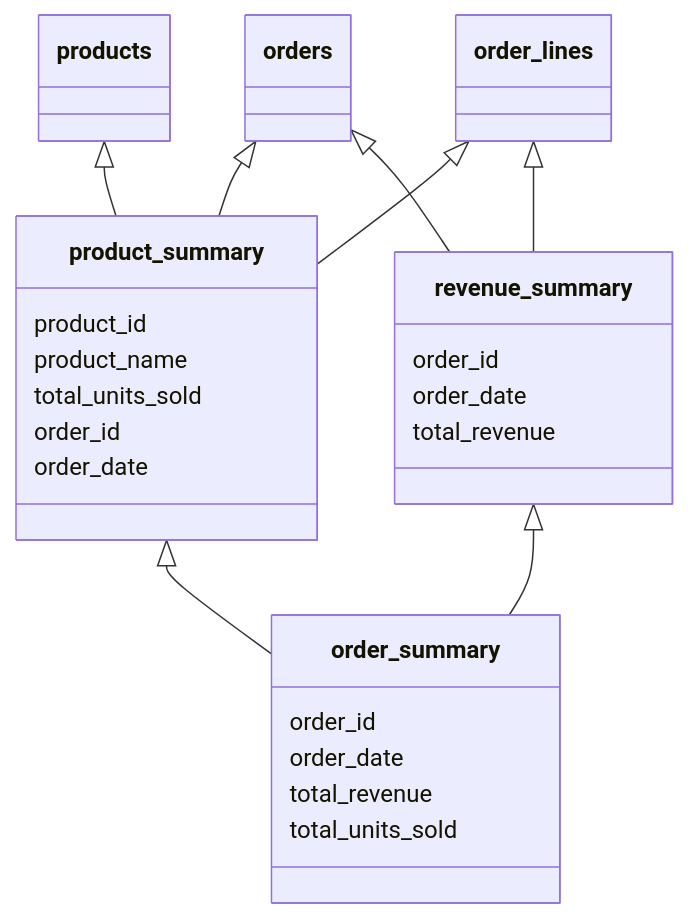
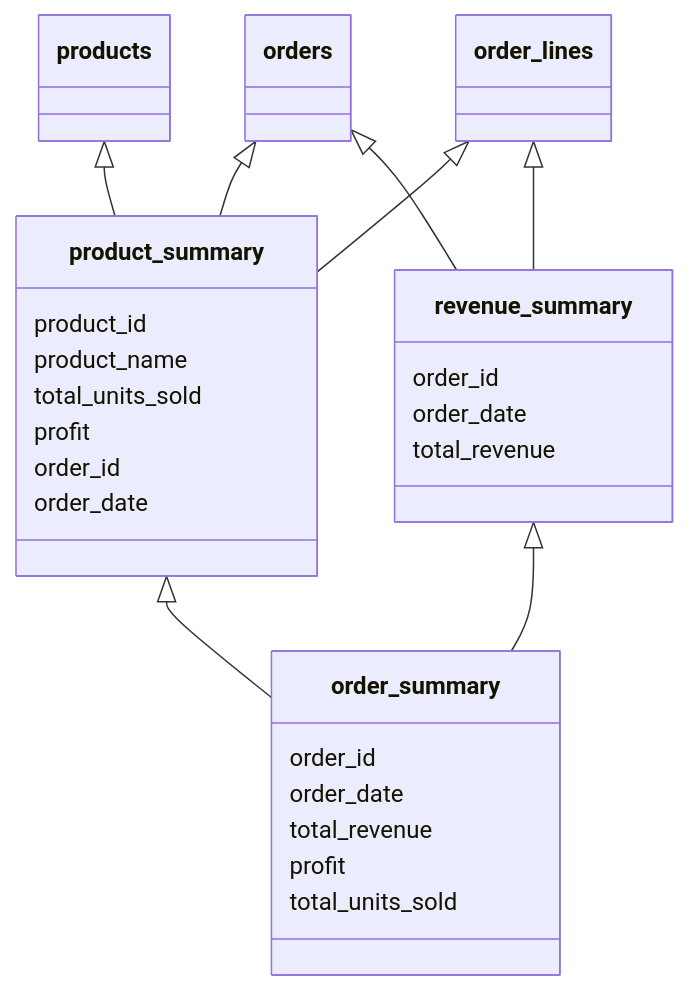
One commit to starlake-ai/StarBake changed the second of 2 diagrams in README.md. Above: the diagram before and after it, drawn with Mermaid. The commit also changed 1 other file, not shown here.

Commit message:
Update dbt_init script

````diff
--- a/README.md
+++ b/README.md
@@ -76,43 +76,45 @@
 ```mermaid
 classDiagram
     products <|-- product_summary
     orders <|-- product_summary
     order_lines <|-- product_summary
 
 
     order_lines <|-- revenue_summary
     orders <|-- revenue_summary
 
 
     revenue_summary <|-- order_summary
     product_summary <|-- order_summary
 
     class orders { }
 
     class order_lines { }
 
     class products { }
 
     class product_summary{
         product_id
         product_name
         total_units_sold
+        profit
         order_id
         order_date
     }
 
 
     class revenue_summary{
         order_id
         order_date
         total_revenue
     }
 
     class order_summary{
         order_id
         order_date
         total_revenue
+        profit
         total_units_sold
     }
 
 ```
````
